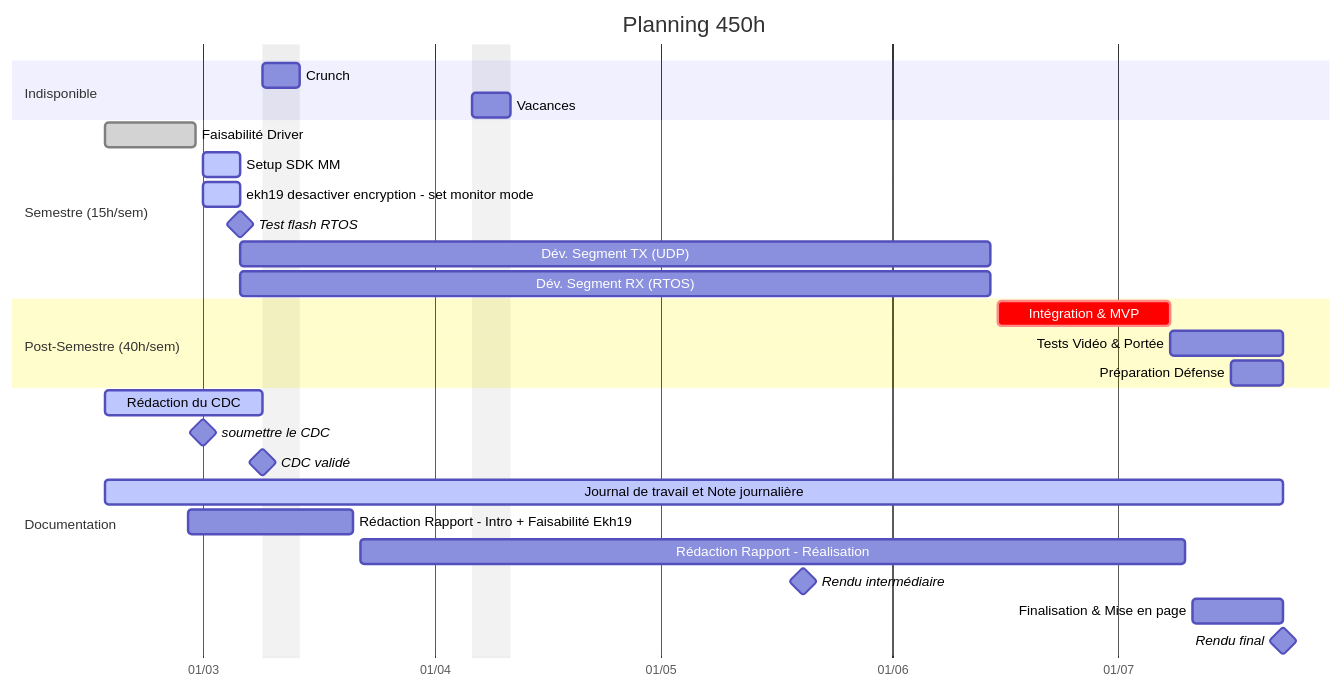
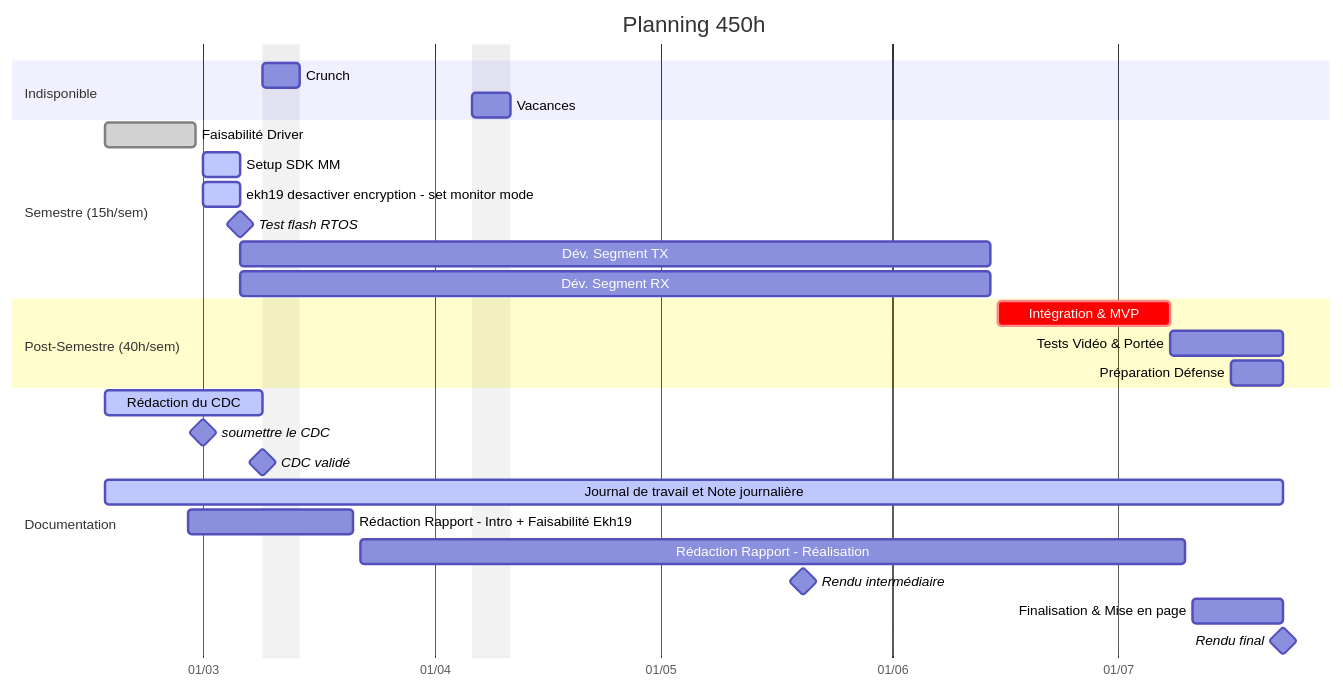
Before and after one commit to TschantzN/doc-bachelore-2026: the first of 4 diagrams in JOURNAL/JOURNAL_DE_TRAVAIL.md, drawn with Mermaid. The commit also changed other lines of this file and 12 other files, not shown here.

````diff
--- a/JOURNAL/JOURNAL_DE_TRAVAIL.md
+++ b/JOURNAL/JOURNAL_DE_TRAVAIL.md
@@ -29,38 +29,38 @@
 ```mermaid
 gantt
     title Planning 450h
     dateFormat  YYYY-MM-DD
     axisFormat  %d/%m
 
     excludes 2026-03-09,2026-03-10,2026-03-11,2026-03-12,2026-03-13,2026-04-06,2026-04-07,2026-04-08,2026-04-09,2026-04-10
     
     section Indisponible
     Crunch      :2026-03-09, 2026-03-14
     Vacances    :2026-04-06, 2026-04-11
 
     section Semestre (15h/sem)
     Faisabilité Driver :done, p1, 2026-02-16, 2026-02-28
     Setup SDK MM       :active, p1, 2026-03-01, 2026-03-06
     ekh19 desactiver encryption - set monitor mode :active, p1, 2026-03-1, 2026-03-06
     Test flash RTOS    :milestone ,2026-03-06, 0d
 
-    Dév. Segment TX (UDP)    : tx1,2026-03-06, 2026-06-14
-    Dév. Segment RX (RTOS)   :rx1, 2026-03-06, 2026-06-14
+    Dév. Segment TX    : tx1,2026-03-06, 2026-06-14
+    Dév. Segment RX   :rx1, 2026-03-06, 2026-06-14
 
     section Post-Semestre (40h/sem)
     Intégration & MVP        :crit, int1, 2026-06-15, 2026-07-08
     Tests Vidéo & Portée     :int2, 2026-07-08, 2026-07-23
     Préparation Défense      :int3, 2026-07-16, 2026-07-23
 
     section Documentation
     Rédaction du CDC         :active, doc1, 2026-02-16, 2026-03-09
     soumettre le CDC         :milestone ,2026-03-01, 0d
     CDC validé               :milestone ,2026-03-09, 0d
 
     Journal de travail et Note journalière :active, doc2, 2026-02-16, 2026-07-23
     Rédaction Rapport - Intro + Faisabilité Ekh19 :doc3, 2026-02-27, 2026-03-21
     Rédaction Rapport - Réalisation :doc4, 2026-03-22, 2026-07-10
     Rendu intermédiaire         :milestone ,2026-05-20, 0d
     Finalisation & Mise en page :doc5, 2026-07-11, 2026-07-23
     Rendu final                 :milestone ,2026-07-23, 0d
 ```
````
